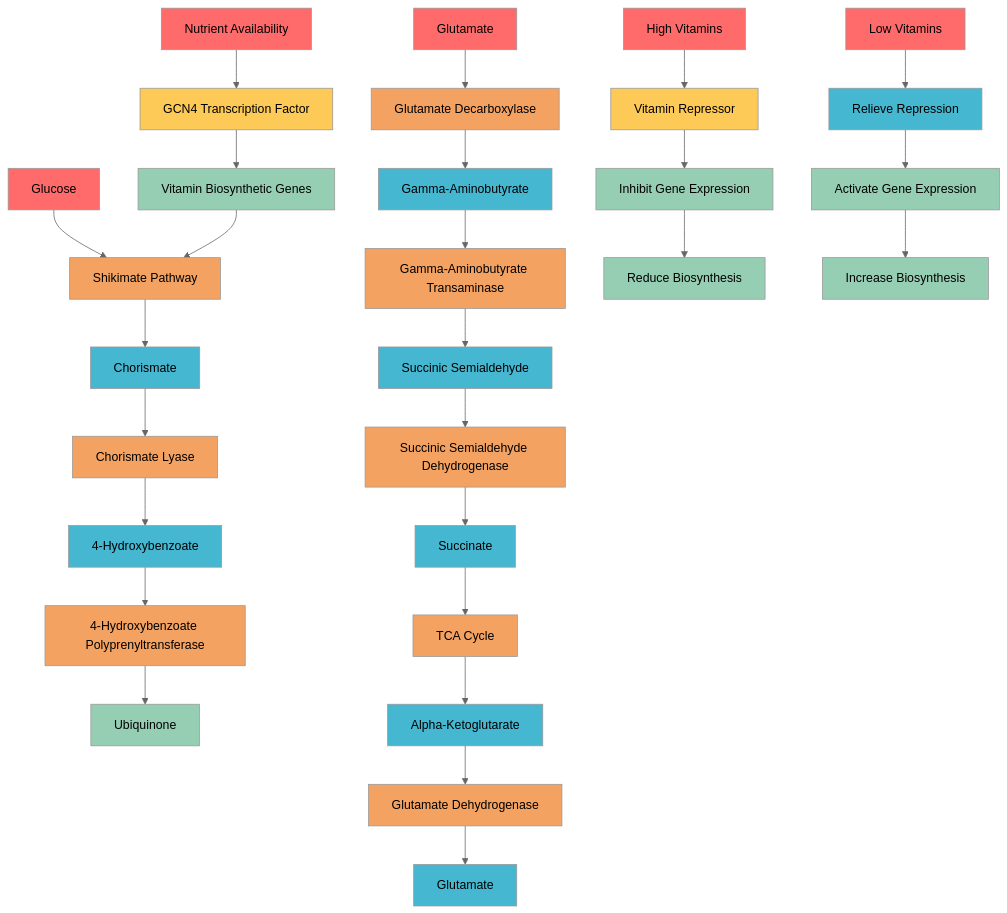
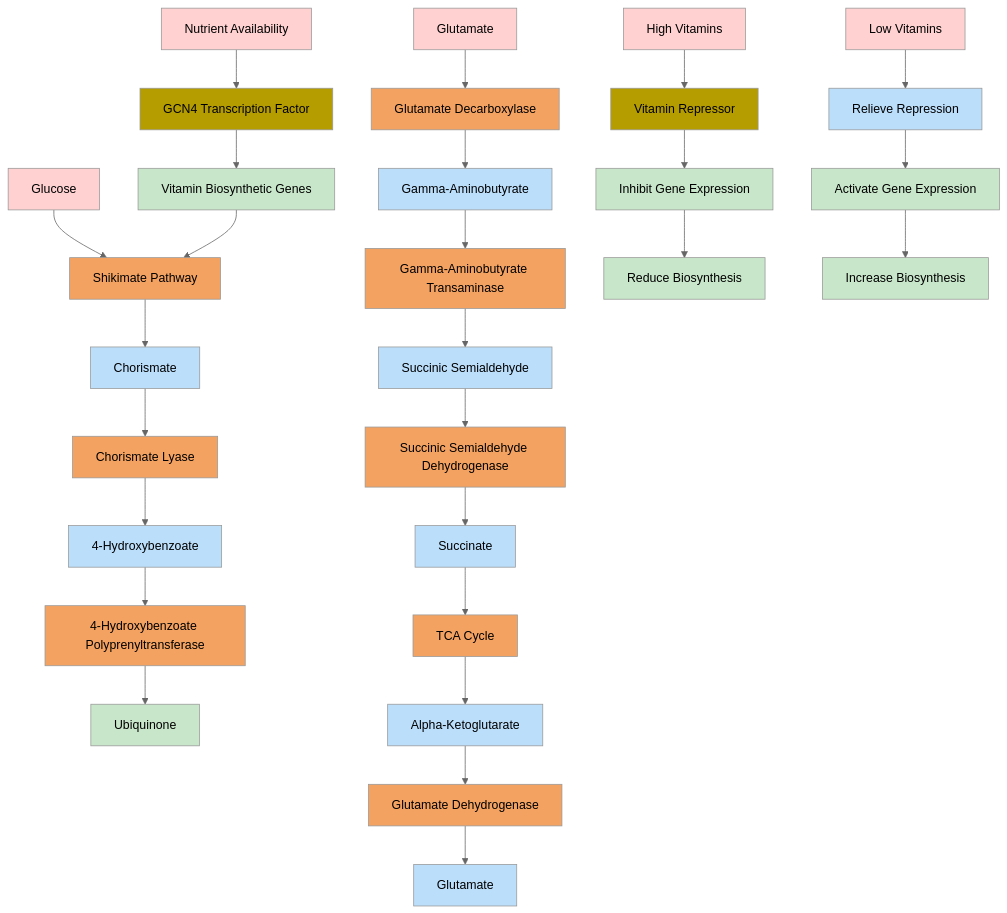
The diagram in old_junk_files/batch11_08_vitamin_biosynthesis.mmd (garywelz/glmp), drawn with Mermaid (neutral theme) before and after one commit. The commit also changed 251 other files, not shown here.

Commit message:
Update color scheme for biological process flowcharts

```diff
--- a/old_junk_files/batch11_08_vitamin_biosynthesis.mmd
+++ b/old_junk_files/batch11_08_vitamin_biosynthesis.mmd
@@ -1,60 +1,60 @@
 graph TD
     A[Glucose] --> B[Shikimate Pathway]
     B --> C[Chorismate]
     C --> D[Chorismate Lyase]
     D --> E[4-Hydroxybenzoate]
     E --> F[4-Hydroxybenzoate Polyprenyltransferase]
     F --> G[Ubiquinone]
     
     H[Glutamate] --> I[Glutamate Decarboxylase]
     I --> J[Gamma-Aminobutyrate]
     J --> K[Gamma-Aminobutyrate Transaminase]
     K --> L[Succinic Semialdehyde]
     L --> M[Succinic Semialdehyde Dehydrogenase]
     M --> N[Succinate]
     N --> O[TCA Cycle]
     O --> P[Alpha-Ketoglutarate]
     P --> Q[Glutamate Dehydrogenase]
     Q --> R[Glutamate]
     
     S[Nutrient Availability] --> T[GCN4 Transcription Factor]
     T --> U[Vitamin Biosynthetic Genes]
     U --> B
     
     V[High Vitamins] --> W[Vitamin Repressor]
     W --> X[Inhibit Gene Expression]
     X --> Y[Reduce Biosynthesis]
     
     Z[Low Vitamins] --> AA[Relieve Repression]
     AA --> BB[Activate Gene Expression]
     BB --> CC[Increase Biosynthesis]
     
-    style A fill:#ff6b6b
+    style A fill:#ffd1d1
     style B fill:#f4a261
-    style C fill:#45b7d1
+    style C fill:#bbdefb
     style D fill:#f4a261
-    style E fill:#45b7d1
+    style E fill:#bbdefb
     style F fill:#f4a261
-    style G fill:#96ceb4
-    style H fill:#ff6b6b
+    style G fill:#c8e6c9
+    style H fill:#ffd1d1
     style I fill:#f4a261
-    style J fill:#45b7d1
+    style J fill:#bbdefb
     style K fill:#f4a261
-    style L fill:#45b7d1
+    style L fill:#bbdefb
     style M fill:#f4a261
-    style N fill:#45b7d1
+    style N fill:#bbdefb
     style O fill:#f4a261
-    style P fill:#45b7d1
+    style P fill:#bbdefb
     style Q fill:#f4a261
-    style R fill:#45b7d1
-    style S fill:#ff6b6b
-    style T fill:#feca57
-    style U fill:#96ceb4
-    style V fill:#ff6b6b
-    style W fill:#feca57
-    style X fill:#96ceb4
-    style Y fill:#96ceb4
-    style Z fill:#ff6b6b
-    style AA fill:#45b7d1
-    style BB fill:#96ceb4
-    style CC fill:#96ceb4
+    style R fill:#bbdefb
+    style S fill:#ffd1d1
+    style T fill:#b59d00
+    style U fill:#c8e6c9
+    style V fill:#ffd1d1
+    style W fill:#b59d00
+    style X fill:#c8e6c9
+    style Y fill:#c8e6c9
+    style Z fill:#ffd1d1
+    style AA fill:#bbdefb
+    style BB fill:#c8e6c9
+    style CC fill:#c8e6c9
```
